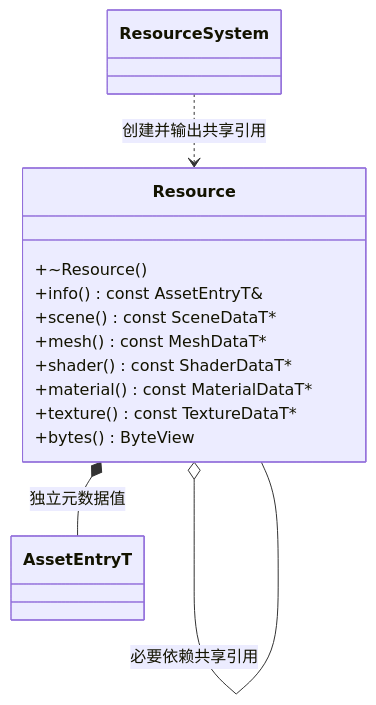
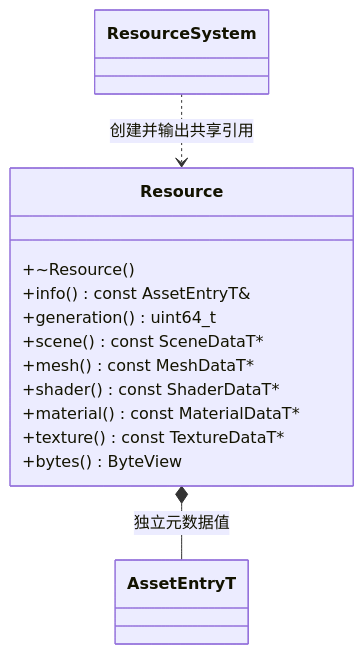
One commit to lcals/Engine changed the first of 2 diagrams in docs/runtime/class-diagrams/resource.md. Above: the diagram before and after it, drawn with Mermaid. The commit also changed other lines of this file and 194 other files, not shown here.

````diff
--- a/docs/runtime/class-diagrams/resource.md
+++ b/docs/runtime/class-diagrams/resource.md
@@ -7,18 +7,18 @@
 ```mermaid
 classDiagram
     class Resource {
         +~Resource()
         +info() const AssetEntryT&
+        +generation() uint64_t
         +scene() const SceneDataT#42;
         +mesh() const MeshDataT#42;
         +shader() const ShaderDataT#42;
         +material() const MaterialDataT#42;
         +texture() const TextureDataT#42;
         +bytes() ByteView
     }
     class AssetEntryT
     class ResourceSystem
     Resource *-- AssetEntryT : 独立元数据值
     ResourceSystem ..> Resource : 创建并输出共享引用
-    Resource o-- Resource : 必要依赖共享引用
 ```
````
